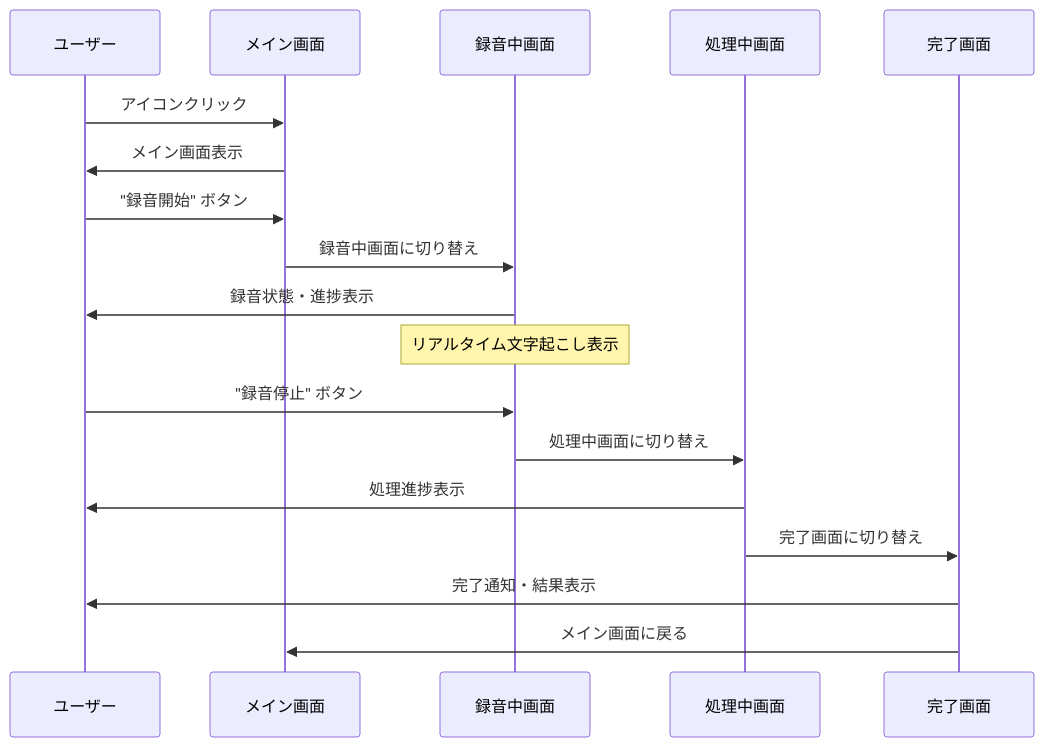
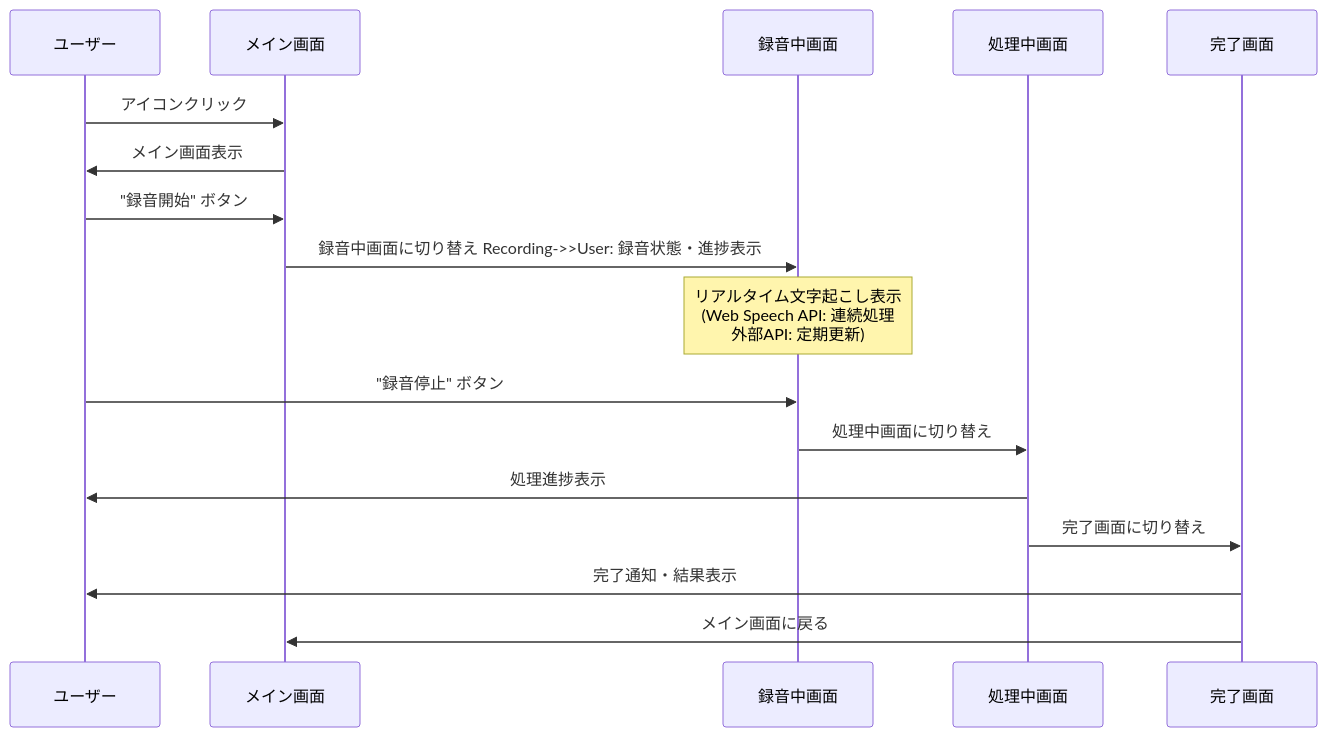
One commit to tatsuyamiyazaki/video-transcription-chrome-extension changed the third of 8 diagrams in docs/ui-flow.md. Above: the diagram before and after it, drawn with Mermaid. The commit also changed other lines of this file and 5 other files, not shown here.

Commit message:
Web Speech APIを追加したため、ドキュメントを更新

````diff
--- a/docs/ui-flow.md
+++ b/docs/ui-flow.md
@@ -59,23 +65,22 @@
 ```mermaid
 sequenceDiagram
     participant User as ユーザー
     participant Main as メイン画面
     participant Recording as 録音中画面
     participant Processing as 処理中画面
     participant Complete as 完了画面
     
     User->>Main: アイコンクリック
     Main->>User: メイン画面表示
     User->>Main: "録音開始" ボタン
-    Main->>Recording: 録音中画面に切り替え
-    Recording->>User: 録音状態・進捗表示
+    Main->>Recording: 録音中画面に切り替え    Recording->>User: 録音状態・進捗表示
     
-    Note over Recording: リアルタイム文字起こし表示
+    Note over Recording: リアルタイム文字起こし表示<br/>(Web Speech API: 連続処理<br/>外部API: 定期更新)
     
     User->>Recording: "録音停止" ボタン
     Recording->>Processing: 処理中画面に切り替え
     Processing->>User: 処理進捗表示
     Processing->>Complete: 完了画面に切り替え
     Complete->>User: 完了通知・結果表示
     Complete->>Main: メイン画面に戻る
 ```
````
